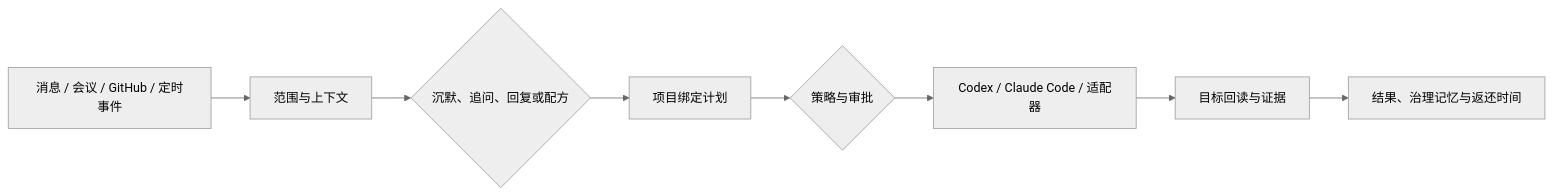
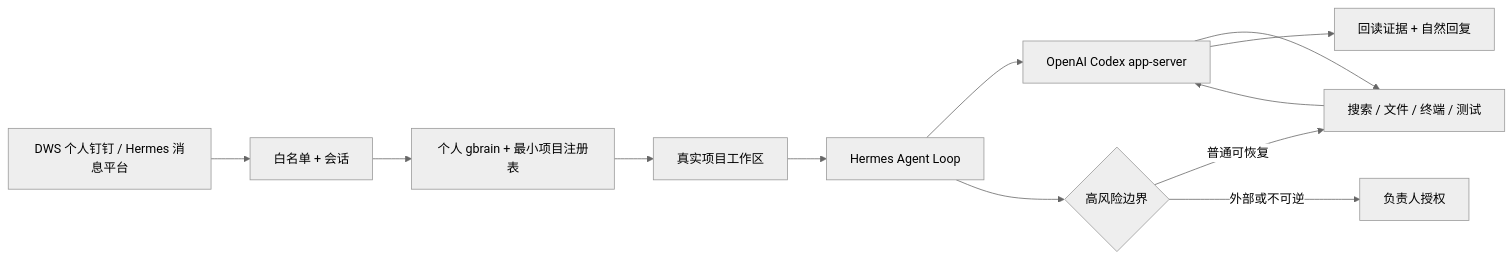
Before and after one commit to ruiwang20010702/ai-employee: the diagram in README_ZH.md, drawn with Mermaid (neutral theme). The commit also changed other lines of this file and 70 other files, not shown here.

````diff
--- a/README_ZH.md
+++ b/README_ZH.md
@@ -42,10 +36,14 @@
 ```mermaid
 flowchart LR
-    A["消息 / 会议 / GitHub / 定时事件"] --> B["范围与上下文"]
-    B --> C{"沉默、追问、回复或配方"}
-    C --> D["项目绑定计划"]
-    D --> E{"策略与审批"}
-    E --> F["Codex / Claude Code / 适配器"]
-    F --> G["目标回读与证据"]
-    G --> H["结果、治理记忆与返还时间"]
+    A["DWS 个人钉钉 / Hermes 消息平台"] --> B["白名单 + 会话"]
+    B --> C["个人 gbrain + 最小项目注册表"]
+    C --> D["真实项目工作区"]
+    D --> E["Hermes Agent Loop"]
+    E --> F["OpenAI Codex app-server"]
+    F --> G["搜索 / 文件 / 终端 / 测试"]
+    G --> F
+    F --> H["回读证据 + 自然回复"]
+    E --> I{"高风险边界"}
+    I -->|"普通可恢复"| G
+    I -->|"外部或不可逆"| J["负责人授权"]
 ```
````
